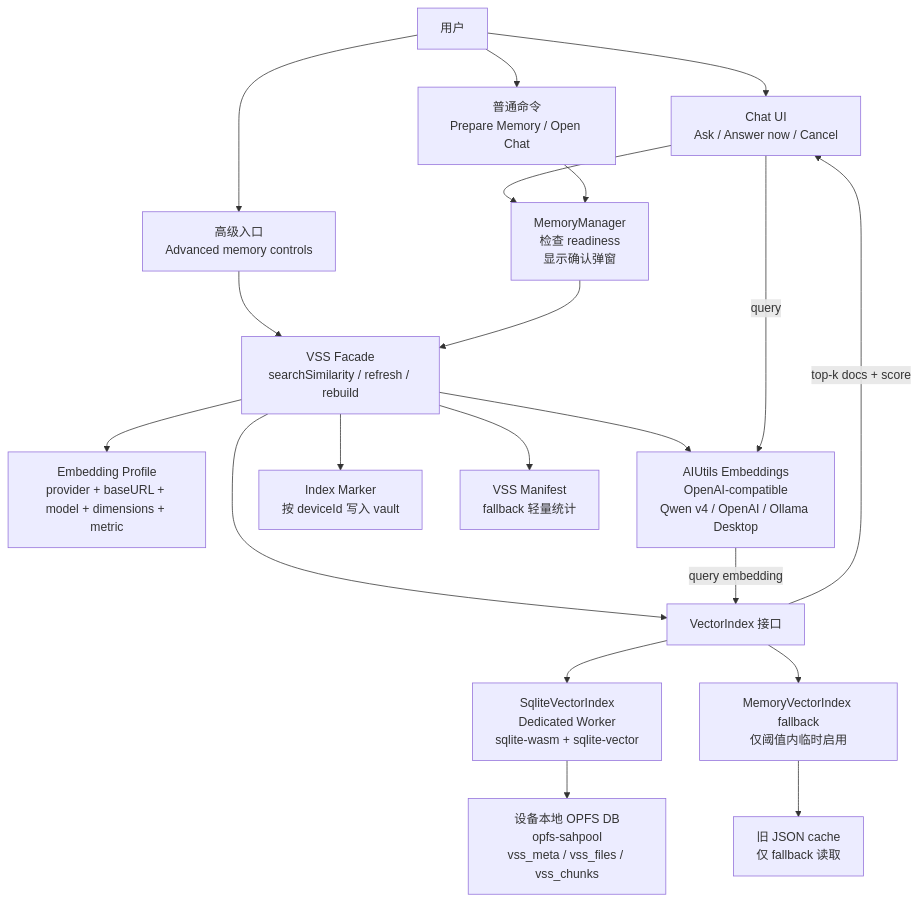
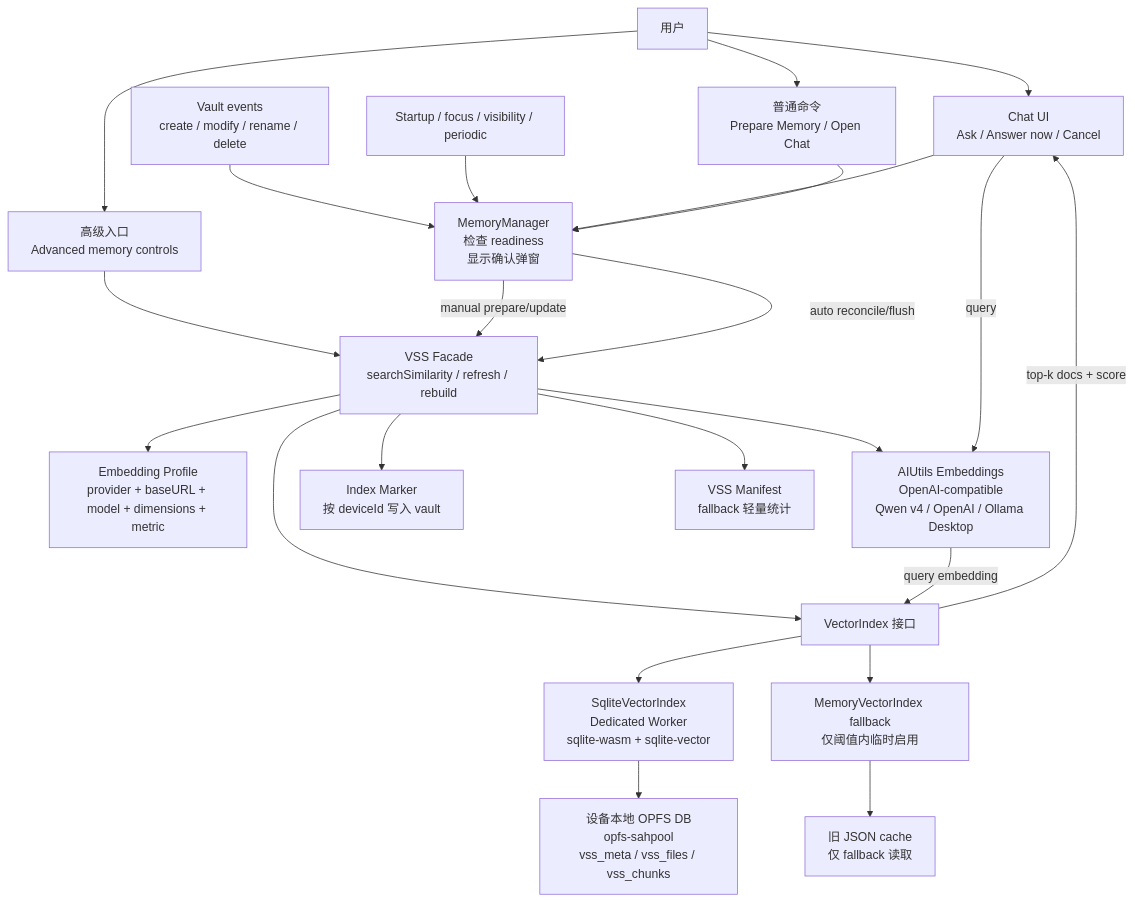
One commit to edonyzpc/personal-assistant changed the first of 5 diagrams in docs/vss-sqlite-wasm-architecture.md. Above: the diagram before and after it, drawn with Mermaid. The commit also changed other lines of this file and 7 other files, not shown here.

````diff
--- a/docs/vss-sqlite-wasm-architecture.md
+++ b/docs/vss-sqlite-wasm-architecture.md
@@ -47,27 +48,30 @@
 ```mermaid
 flowchart TB
   User["用户"] --> ChatUI["Chat UI\nAsk / Answer now / Cancel"]
   User --> Commands["普通命令\nPrepare Memory / Open Chat"]
   User --> Advanced["高级入口\nAdvanced memory controls"]
+  Vault["Vault events\ncreate / modify / rename / delete"] --> MemoryManager
+  Resume["Startup / focus / visibility / periodic"] --> MemoryManager
   ChatUI --> MemoryManager["MemoryManager\n检查 readiness\n显示确认弹窗"]
   Commands --> MemoryManager
   Advanced --> VSS["VSS Facade\nsearchSimilarity / refresh / rebuild"]
-  MemoryManager --> VSS
+  MemoryManager -->|manual prepare/update| VSS
+  MemoryManager -->|auto reconcile/flush| VSS
 
   VSS --> Profile["Embedding Profile\nprovider + baseURL + model + dimensions + metric"]
   VSS --> Embedder["AIUtils Embeddings\nOpenAI-compatible\nQwen v4 / OpenAI / Ollama Desktop"]
 
   VSS --> Marker["Index Marker\n按 deviceId 写入 vault"]
   VSS --> Manifest["VSS Manifest\nfallback 轻量统计"]
   VSS --> IndexIF["VectorIndex 接口"]
 
   IndexIF --> SQLite["SqliteVectorIndex\nDedicated Worker\nsqlite-wasm + sqlite-vector"]
   IndexIF --> Memory["MemoryVectorIndex fallback\n仅阈值内临时启用"]
 
   SQLite --> OPFS["设备本地 OPFS DB\nopfs-sahpool\nvss_meta / vss_files / vss_chunks"]
   Memory --> Legacy["旧 JSON cache\n仅 fallback 读取"]
 
   ChatUI -->|query| Embedder
   Embedder -->|query embedding| IndexIF
   IndexIF -->|top-k docs + score| ChatUI
 ```
````
